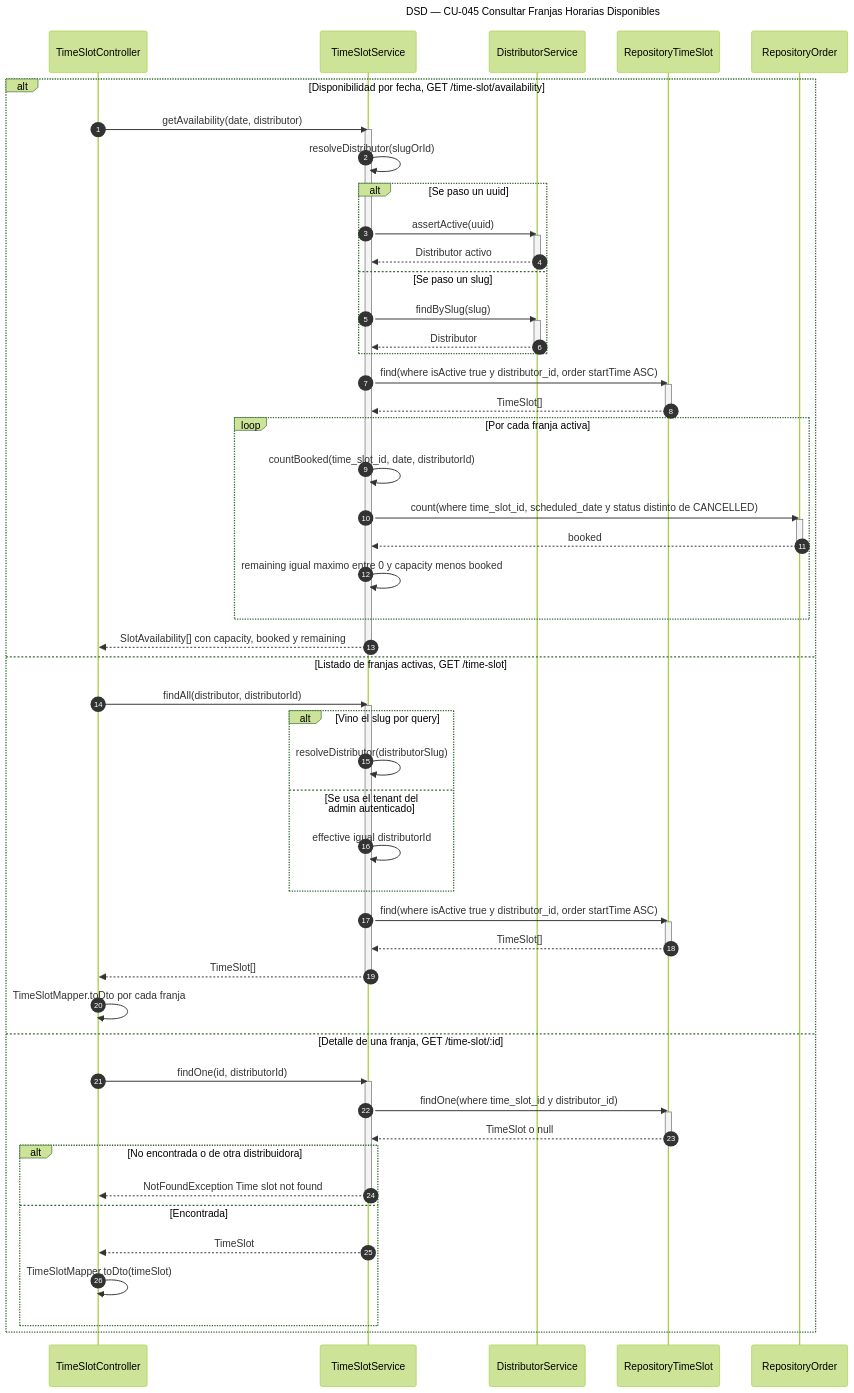
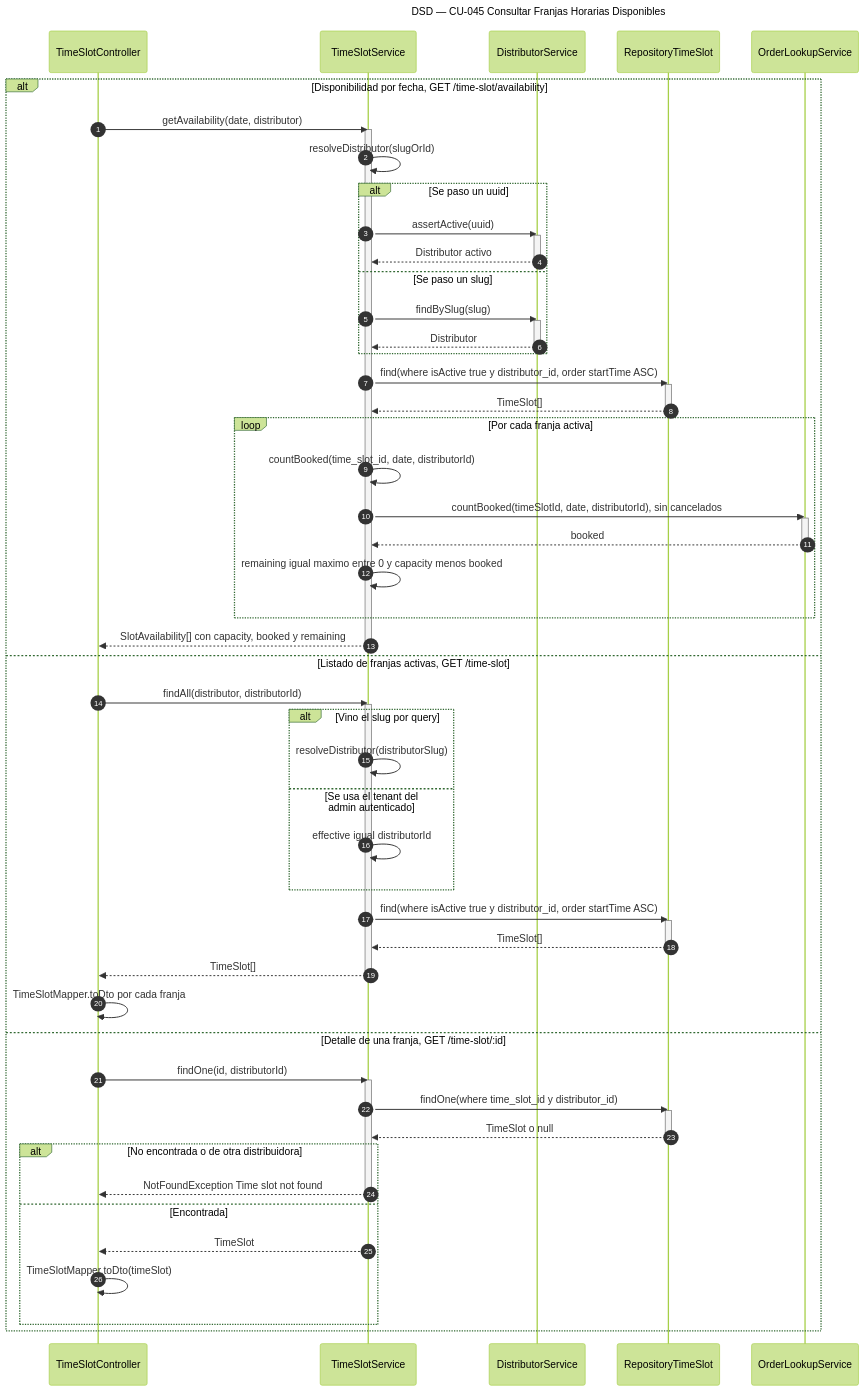
Before and after one commit to Nahuelito-Dev/splg-docs: the diagram in diagramas/DSD_CU-045_Consultar-Franjas-Horarias-Disponibles.mmd, drawn with Mermaid (forest theme). The commit also changed 55 other files, not shown here.

```diff
--- a/diagramas/DSD_CU-045_Consultar-Franjas-Horarias-Disponibles.mmd
+++ b/diagramas/DSD_CU-045_Consultar-Franjas-Horarias-Disponibles.mmd
@@ -1,68 +1,68 @@
 sequenceDiagram
     title DSD — CU-045 Consultar Franjas Horarias Disponibles
     autonumber
     participant CTRL as TimeSlotController
     participant SRV as TimeSlotService
     participant DIS as DistributorService
     participant TREP as RepositoryTimeSlot
-    participant OREP as RepositoryOrder
+    participant OREP as OrderLookupService
 
     alt Disponibilidad por fecha, GET /time-slot/availability
         CTRL->>SRV: getAvailability(date, distributor)
         activate SRV
         SRV->>SRV: resolveDistributor(slugOrId)
         alt Se paso un uuid
             SRV->>DIS: assertActive(uuid)
             activate DIS
             DIS-->>SRV: Distributor activo
             deactivate DIS
         else Se paso un slug
             SRV->>DIS: findBySlug(slug)
             activate DIS
             DIS-->>SRV: Distributor
             deactivate DIS
         end
         SRV->>TREP: find(where isActive true y distributor_id, order startTime ASC)
         activate TREP
         TREP-->>SRV: TimeSlot[]
         deactivate TREP
         loop Por cada franja activa
             SRV->>SRV: countBooked(time_slot_id, date, distributorId)
-            SRV->>OREP: count(where time_slot_id, scheduled_date y status distinto de CANCELLED)
+            SRV->>OREP: countBooked(timeSlotId, date, distributorId), sin cancelados
             activate OREP
             OREP-->>SRV: booked
             deactivate OREP
             SRV->>SRV: remaining igual maximo entre 0 y capacity menos booked
         end
         SRV-->>CTRL: SlotAvailability[] con capacity, booked y remaining
         deactivate SRV
     else Listado de franjas activas, GET /time-slot
         CTRL->>SRV: findAll(distributor, distributorId)
         activate SRV
         alt Vino el slug por query
             SRV->>SRV: resolveDistributor(distributorSlug)
         else Se usa el tenant del admin autenticado
             SRV->>SRV: effective igual distributorId
         end
         SRV->>TREP: find(where isActive true y distributor_id, order startTime ASC)
         activate TREP
         TREP-->>SRV: TimeSlot[]
         deactivate TREP
         SRV-->>CTRL: TimeSlot[]
         deactivate SRV
         CTRL->>CTRL: TimeSlotMapper.toDto por cada franja
     else Detalle de una franja, GET /time-slot/:id
         CTRL->>SRV: findOne(id, distributorId)
         activate SRV
         SRV->>TREP: findOne(where time_slot_id y distributor_id)
         activate TREP
         TREP-->>SRV: TimeSlot o null
         deactivate TREP
         alt No encontrada o de otra distribuidora
             SRV-->>CTRL: NotFoundException Time slot not found
             deactivate SRV
         else Encontrada
             SRV-->>CTRL: TimeSlot
             CTRL->>CTRL: TimeSlotMapper.toDto(timeSlot)
         end
     end
```
